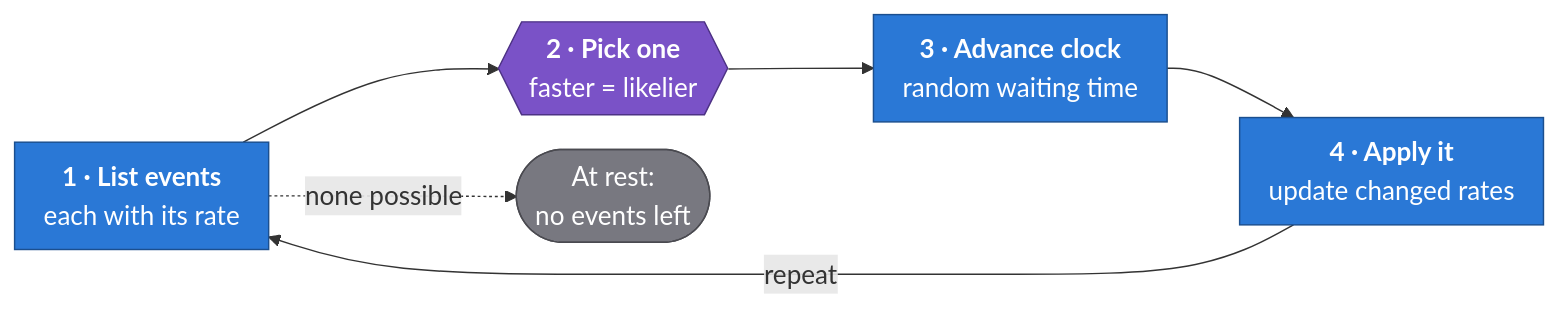
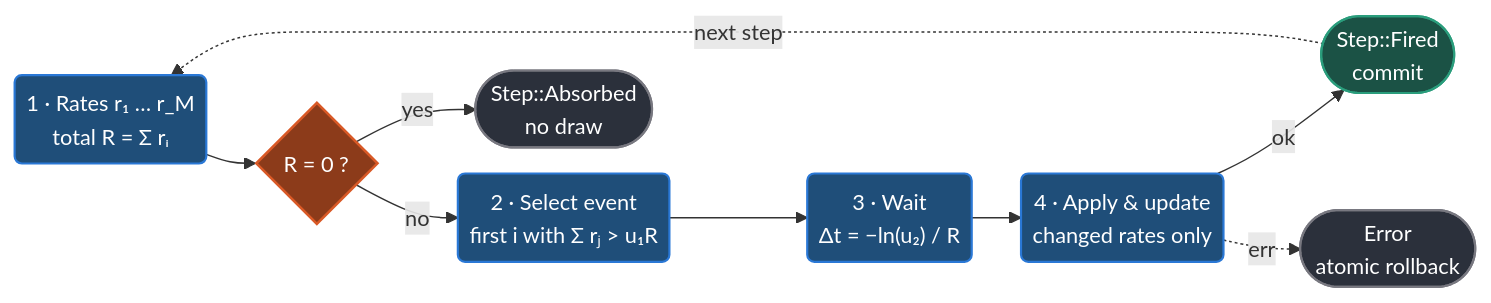
Before and after one commit to vzordillo/okrates: the second of 2 diagrams in README.md, drawn with Mermaid. The commit also changed other lines of this file, not shown here.

Commit message:
README: keep the #13 diagrams, laid out left to right with shorter labels

````diff
--- a/README.md
+++ b/README.md
@@ -77,18 +80,26 @@
 ```mermaid
-%%{init: {"themeVariables": {"fontSize": "18px"}, "flowchart": {"nodeSpacing": 24, "rankSpacing": 50, "padding": 10}}}%%
+%%{init: {"flowchart": {"nodeSpacing": 18, "rankSpacing": 34, "padding": 8, "curve": "basis"}, "themeVariables": {"fontSize": "15px"}}}%%
 flowchart LR
-    s1["<b>1 · List events</b><br>each with its rate"]
-    s2{{"<b>2 · Pick one</b><br>faster = likelier"}}
-    s3["<b>3 · Advance clock</b><br>random waiting time"]
-    s4["<b>4 · Apply it</b><br>update changed rates"]
-    rest(["At rest:<br>no events left"])
-    s1 --> s2 --> s3 --> s4
-    s4 -->|"repeat"| s1
-    s1 -.->|"none possible"| rest
-    classDef step fill:#2a78d6,stroke:#1b4f8f,color:#ffffff
-    classDef key fill:#7a52c7,stroke:#4d3285,color:#ffffff
-    classDef rest fill:#787880,stroke:#4a4a50,color:#ffffff
-    class s1,s3,s4 step
-    class s2 key
-    class rest rest
+    prep("1 · Rates r₁ … r_M<br/>total R = Σ rᵢ")
+    zero{"R = 0 ?"}
+    pick("2 · Select event<br/>first i with Σ rⱼ > u₁R")
+    wait("3 · Wait<br/>Δt = −ln(u₂) / R")
+    apply("4 · Apply & update<br/>changed rates only")
+    fired(["Step::Fired<br/>commit"])
+    absorbed(["Step::Absorbed<br/>no draw"])
+    rollback(["Error<br/>atomic rollback"])
+    prep --> zero
+    zero -->|"no"| pick --> wait --> apply
+    apply -->|"ok"| fired
+    fired -.->|"next step"| prep
+    zero -->|"yes"| absorbed
+    apply -.->|"err"| rollback
+    classDef stepNode fill:#1f4e79,stroke:#2a78d6,stroke-width:1.5px,color:#ffffff
+    classDef gateNode fill:#8c3b1a,stroke:#d95926,stroke-width:1.8px,color:#ffffff
+    classDef okNode fill:#1b5245,stroke:#2a9d7c,stroke-width:1.5px,color:#ffffff
+    classDef stopNode fill:#2b303b,stroke:#787880,stroke-width:1.5px,color:#ffffff
+    class prep,pick,wait,apply stepNode
+    class zero gateNode
+    class fired okNode
+    class absorbed,rollback stopNode
 ```
````
